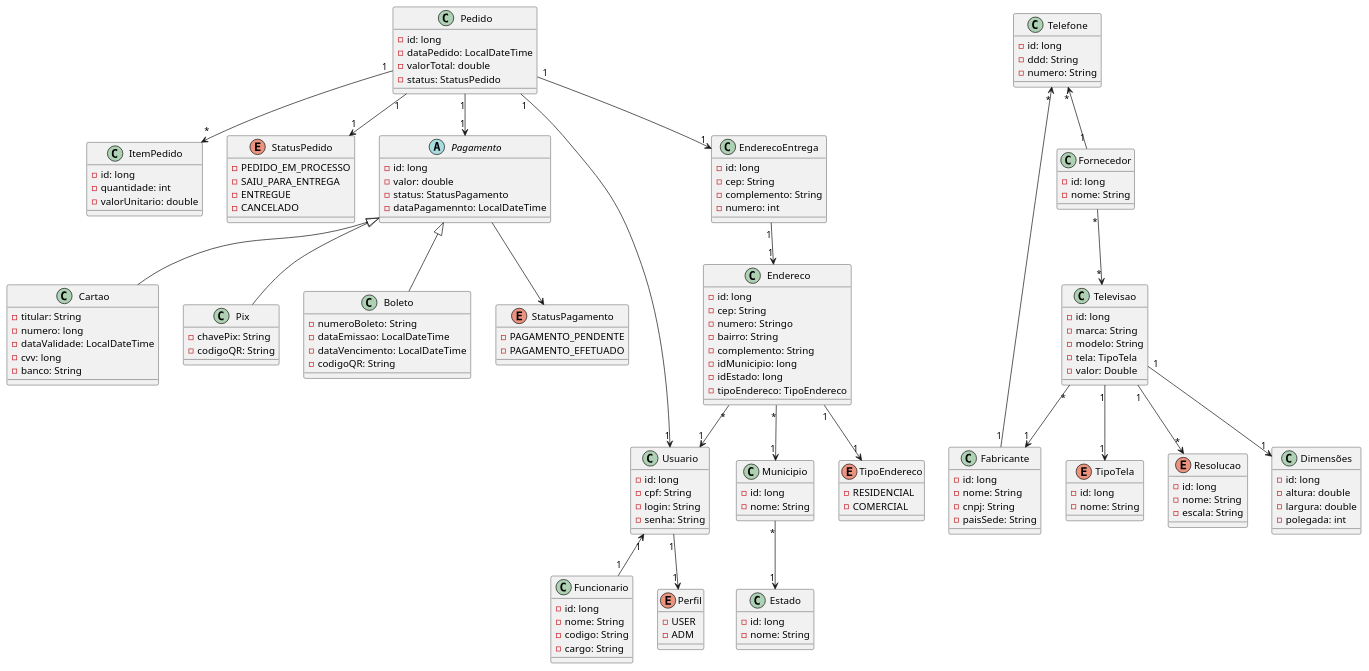
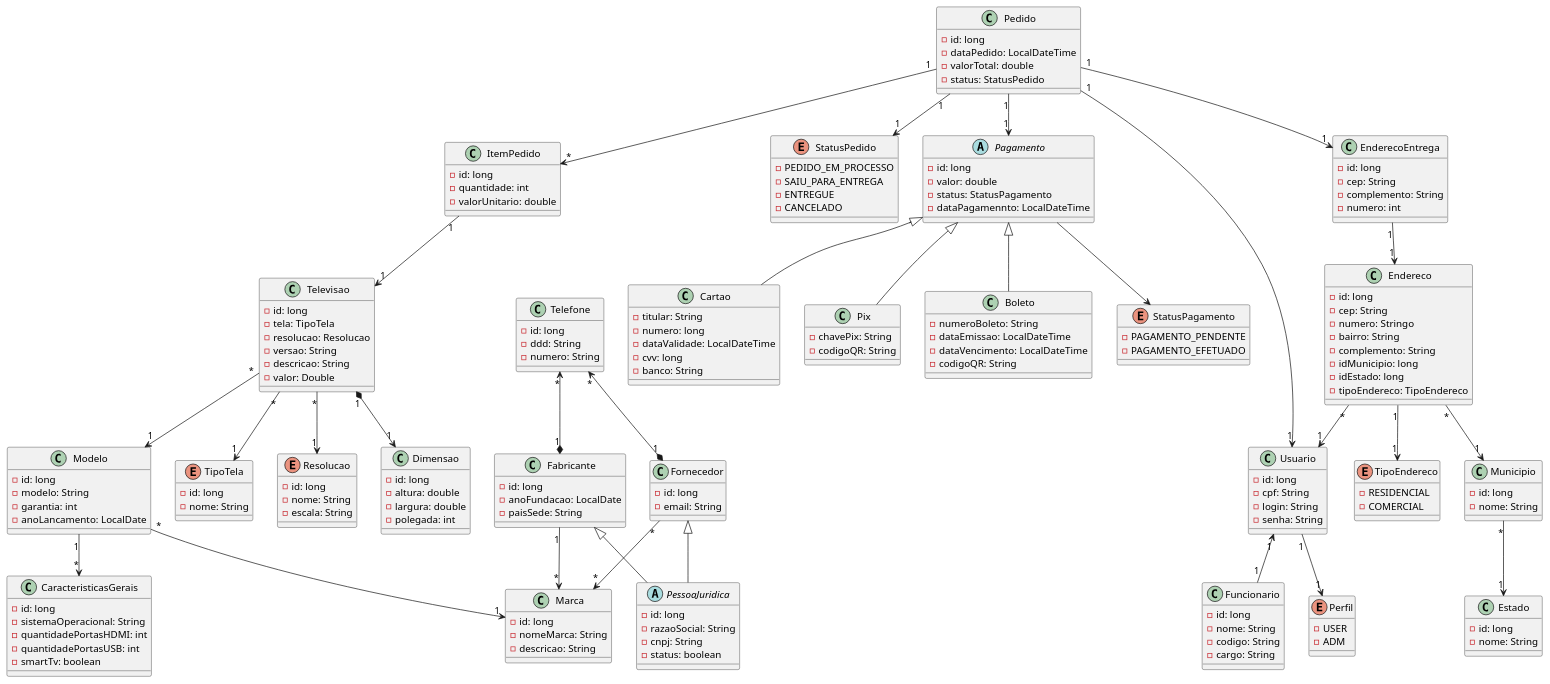
The diagram in src/diagrama.plantuml (Gabrielpmw/Televisao_tp1), drawn with PlantUML before and after one commit. The commit also changed other lines of this file and 32 other files, not shown here.

```diff
--- a/src/diagrama.plantuml
+++ b/src/diagrama.plantuml
@@ -3,5 +1,4 @@
 @startuml
-
 'PEDIDO'
 class Pedido{
   - id: long
@@ -22,8 +19,6 @@
   - ENTREGUE
   - CANCELADO
 }
-
-
 
 'PAGAMENTO'
 abstract Pagamento{
@@ -80,14 +75,13 @@
   - ADM
 }
 
-
-
 'TELEVISAO'
 class Televisao{
   - id: long
-  - marca: String
-  - modelo: String
   - tela: TipoTela
+  - resolucao: Resolucao
+  - versao: String
+  - descricao: String
   - valor: Double
 }
 
@@ -102,11 +96,32 @@
     - escala: String
 }
 
-class Dimensões{
+class Dimensao{
     - id: long
     - altura: double
     - largura: double
     - polegada: int
+}
+
+class CaracteristicasGerais{
+  - id: long
+  - sistemaOperacional: String
+  - quantidadePortasHDMI: int
+  - quantidadePortasUSB: int
+  - smartTv: boolean
+}
+
+class Marca{
+  - id: long
+  - nomeMarca: String
+  - descricao: String
+}
+
+class Modelo{
+  - id: long
+  - modelo: String
+  - garantia: int
+  - anoLancamento: LocalDate
 }
 
 'ENDERECO'
@@ -143,20 +158,27 @@
     - COMERCIAL
 }
 
-'Fabricante'
+'FABRICANTE'
+abstract PessoaJuridica{
+    - id: long
+    - razaoSocial: String
+    - cnpj: String 
+    - status: boolean 
+}
+
 class Fabricante{
     - id: long
-    - nome: String
-    - cnpj: String
+    - anoFundacao: LocalDate
     - paisSede: String
 }
 
+'FORNECEDOR'
 class  Fornecedor{
     - id: long
-    - nome: String
+    - email: String
 }
 
-
+'TELEFONE'
 class Telefone{
     - id: long
     - ddd: String
@@ -169,6 +191,7 @@
 Pedido "1" --> "1" EnderecoEntrega
 Pedido "1" --> "1" StatusPedido
 Pedido "1" --> "1" Usuario
+ItemPedido "1" --> "1" Televisao 
 
 'RELACIONAMENTO DO PAGAMENTO'
 Pagamento <|-- Pix
@@ -177,19 +200,20 @@
 Pagamento --> StatusPagamento
 
 'RELACIONAMENTO DA TELEVISAO'
-Televisao "1" --> "*" Resolucao
-Televisao "1" --> "1" Dimensões
-Televisao "1" --> "1" TipoTela
-Televisao "*" --> "1" Fabricante
-Fornecedor "*" --> "*" Televisao
+Televisao "*" --> "1" Resolucao
+Televisao "1" *--> "1" Dimensao
+Televisao "*" --> "1" TipoTela
+Televisao "*" --> "1" Modelo
+Modelo "*" --> "1" Marca
+Modelo "1" --> "*" CaracteristicasGerais
 
 'RELACIONAMENTO DO USUARIO'
 Usuario "1" <-- "1" Funcionario
 Usuario "1" --> "1" Perfil
 
 'RELACIONAMENTO DO TELEFONE'
-Telefone "*" <-- "1" Fabricante
-Telefone "*" <-- "1" Fornecedor
+Telefone "*" <--* "1" Fabricante
+Telefone "*" <--* "1" Fornecedor
 
 'RELACIONAMENTO DO ENDERECO'
 Endereco "*" --> "1" Usuario
@@ -198,4 +222,11 @@
 Endereco "1" --> "1" TipoEndereco
 EnderecoEntrega "1" --> "1" Endereco 
 
+'RELACIONAMENTO DO FABRICANTE'
+Fabricante <|-- PessoaJuridica
+Fabricante "1" --> "*" Marca
+
+'RELACIONAMENTO DO FORNECEDOR'
+Fornecedor <|-- PessoaJuridica
+Fornecedor "*" --> "*" Marca
 @enduml
```
